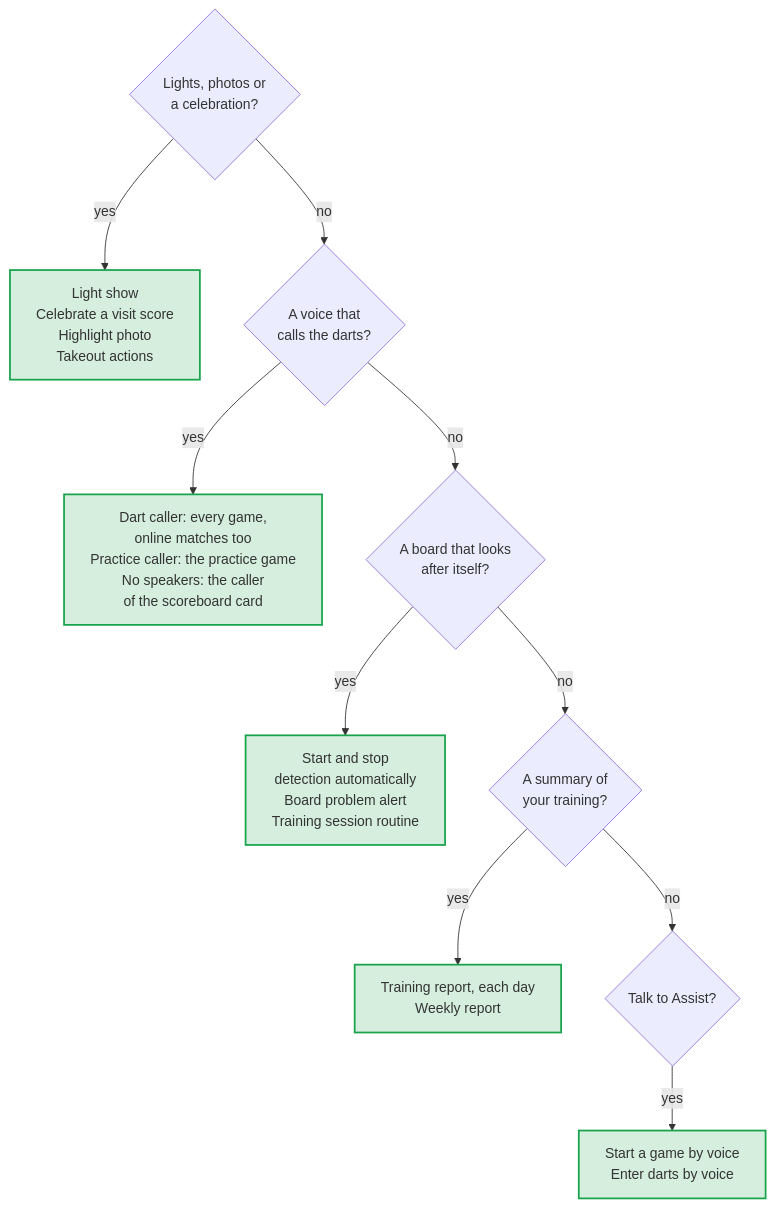
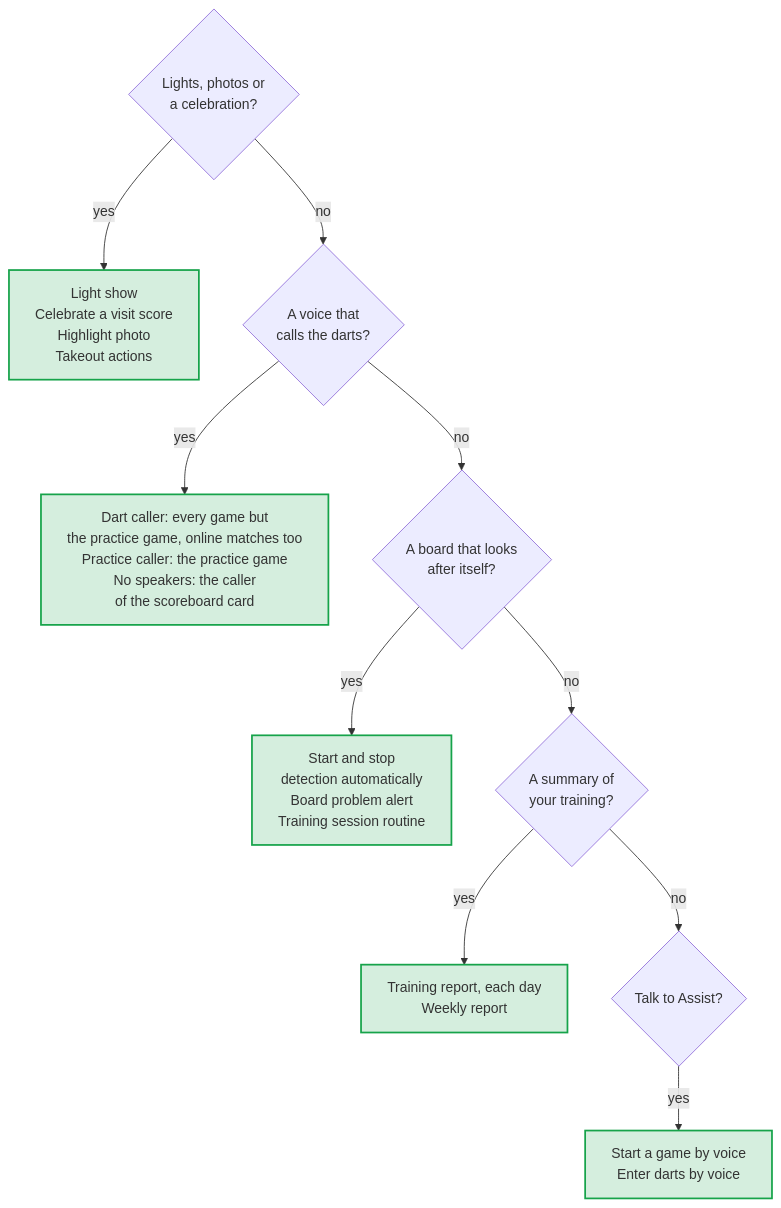
One commit to Dennis-Otto/ha-autodarts changed the diagram in docs/diagrams/choose-blueprint.en.mmd. Above: the diagram before and after it, drawn with Mermaid. The commit also changed 18 other files, not shown here.

First line of the commit message:
docs: correct the caller, connection and add-board diagrams

```diff
--- a/docs/diagrams/choose-blueprint.en.mmd
+++ b/docs/diagrams/choose-blueprint.en.mmd
@@ -1,19 +1,19 @@
 ---
 config:
   flowchart:
     wrappingWidth: 400
 ---
 flowchart TB
   accTitle: Which blueprint fits
-  accDescr: For lights, photos and celebrations, take the Light show, Celebrate a visit score, Highlight photo or Takeout actions. To call the darts, take the Dart caller for every game on the board, online matches too, and the Practice caller for the practice game; the caller of the scoreboard card needs no speakers in Home Assistant. For a board that looks after itself, take Start and stop detection automatically, the Board problem alert or the Training session routine. For a summary of your training, take the Training report each day or the Weekly report. To talk to Assist, take Start a game by voice or Enter darts by voice.
+  accDescr: For lights, photos and celebrations, take the Light show, Celebrate a visit score, Highlight photo or Takeout actions. To call the darts, take the Dart caller for every game but the practice game, online matches too, and the Practice caller for the practice game; the caller of the scoreboard card needs no speakers in Home Assistant. For a board that looks after itself, take Start and stop detection automatically, the Board problem alert or the Training session routine. For a summary of your training, take the Training report each day or the Weekly report. To talk to Assist, take Start a game by voice or Enter darts by voice.
   MOOD{"Lights, photos or<br/>a celebration?"} -- "yes" --> MOODS["Light show<br/>Celebrate a visit score<br/>Highlight photo<br/>Takeout actions"]
   MOOD -- "no" --> CALL{"A voice that<br/>calls the darts?"}
-  CALL -- "yes" --> CALLS["Dart caller: every game,<br/>online matches too<br/>Practice caller: the practice game<br/>No speakers: the caller<br/>of the scoreboard card"]
+  CALL -- "yes" --> CALLS["Dart caller: every game but<br/>the practice game, online matches too<br/>Practice caller: the practice game<br/>No speakers: the caller<br/>of the scoreboard card"]
   CALL -- "no" --> CARE{"A board that looks<br/>after itself?"}
   CARE -- "yes" --> CARES["Start and stop<br/>detection automatically<br/>Board problem alert<br/>Training session routine"]
   CARE -- "no" --> REPORT{"A summary of<br/>your training?"}
   REPORT -- "yes" --> REPORTS["Training report, each day<br/>Weekly report"]
   REPORT -- "no" --> VOICE{"Talk to Assist?"}
   VOICE -- "yes" --> VOICES["Start a game by voice<br/>Enter darts by voice"]
   classDef done fill:#16a34a2e,stroke:#16a34a,stroke-width:2px
   class MOODS,CALLS,CARES,REPORTS,VOICES done
```
